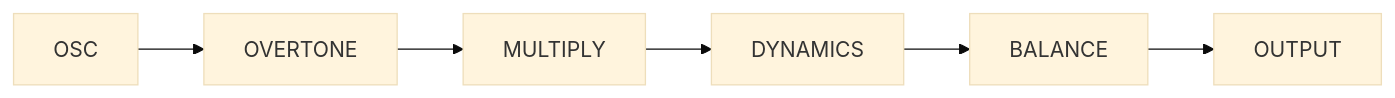
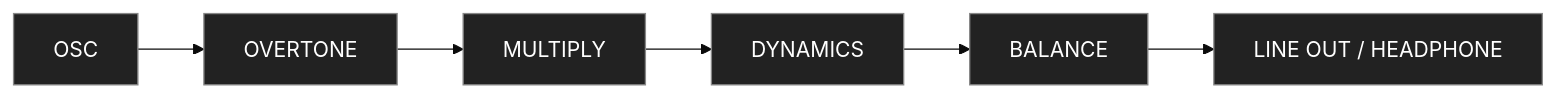
Diagram 15 of 15 in Sound Design/references/synths/Make-Noise-0-Coast-Complete Reference.md (frbelli/ClaudeSkills), drawn with Mermaid (base theme) before and after one commit. The commit also changed other lines of this file, not shown here.

````diff
--- a/Sound Design/references/synths/Make-Noise-0-Coast-Complete Reference.md
+++ b/Sound Design/references/synths/Make-Noise-0-Coast-Complete Reference.md
@@ -510,8 +781,10 @@
 ```mermaid
 graph LR
-    A["OSC"] --> B["OVERTONE"]
-    B --> C["MULTIPLY"]
-    C --> D["DYNAMICS"]
-    D --> E["BALANCE"]
-    E --> F["OUTPUT"]
+A["OSC"] --> B["OVERTONE"]
+B --> C["MULTIPLY"]
+C --> D["DYNAMICS"]
+D --> E["BALANCE"]
+E --> F["LINE OUT / HEADPHONE"]
+classDef audio fill:#222,stroke:#888,color:#fff,stroke-width:1px;
+class A,B,C,D,E,F audio;
 ```
````
